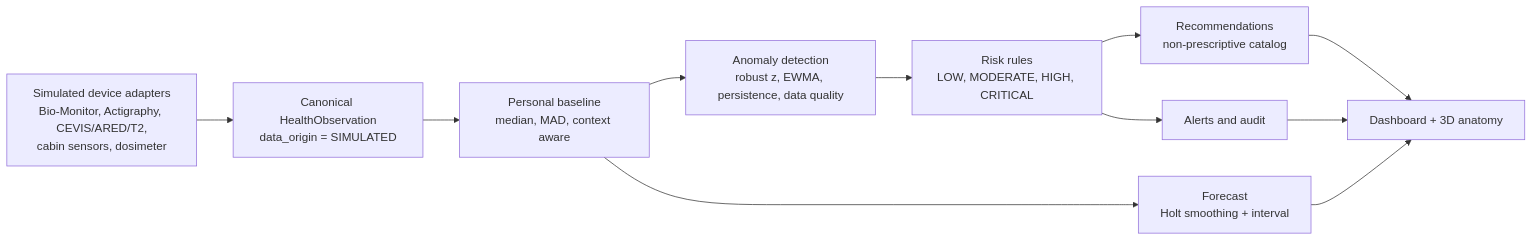
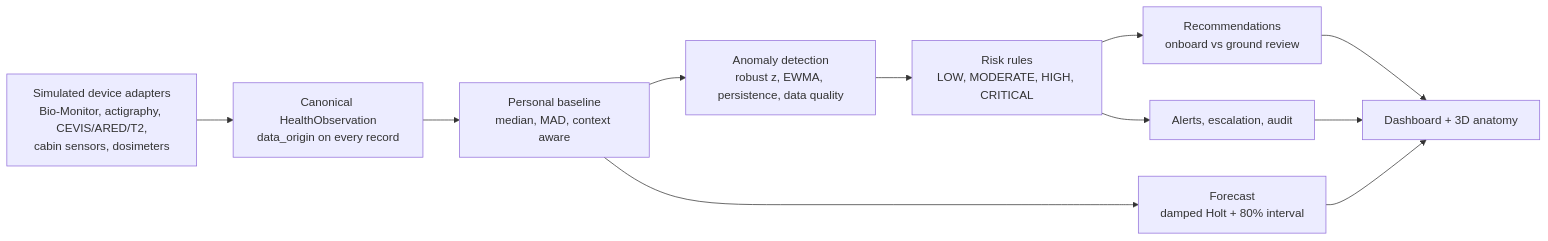
One commit to Gabrieldiv/astronaut-health-intelligence-platform changed the diagram in README.md. Above: the diagram before and after it, drawn with Mermaid. The commit also changed other lines of this file and 139 other files, not shown here.

````diff
--- a/README.md
+++ b/README.md
@@ -65,13 +118,13 @@
 ```mermaid
 flowchart LR
-    DEV[Simulated device adapters<br/>Bio-Monitor, Actigraphy, CEVIS/ARED/T2,<br/>cabin sensors, dosimeter] --> CAN[Canonical HealthObservation<br/>data_origin = SIMULATED]
-    CAN --> BASE[Personal baseline<br/>median, MAD, context aware]
-    BASE --> ANOM[Anomaly detection<br/>robust z, EWMA, persistence, data quality]
-    ANOM --> RISK[Risk rules<br/>LOW, MODERATE, HIGH, CRITICAL]
-    RISK --> REC[Recommendations<br/>non-prescriptive catalog]
-    RISK --> ALERT[Alerts and audit]
-    BASE --> FC[Forecast<br/>Holt smoothing + interval]
-    REC --> UI[Dashboard + 3D anatomy]
+    DEV["Simulated device adapters<br/>Bio-Monitor, actigraphy, CEVIS/ARED/T2,<br/>cabin sensors, dosimeters"] --> CAN["Canonical HealthObservation<br/>data_origin on every record"]
+    CAN --> BASE["Personal baseline<br/>median, MAD, context aware"]
+    BASE --> ANOM["Anomaly detection<br/>robust z, EWMA, persistence, data quality"]
+    ANOM --> RISK["Risk rules<br/>LOW, MODERATE, HIGH, CRITICAL"]
+    RISK --> REC["Recommendations<br/>onboard vs ground review"]
+    RISK --> ALERT["Alerts, escalation, audit"]
+    BASE --> FC["Forecast<br/>damped Holt + 80% interval"]
+    REC --> UI["Dashboard + 3D anatomy"]
     ALERT --> UI
     FC --> UI
 ```
````
